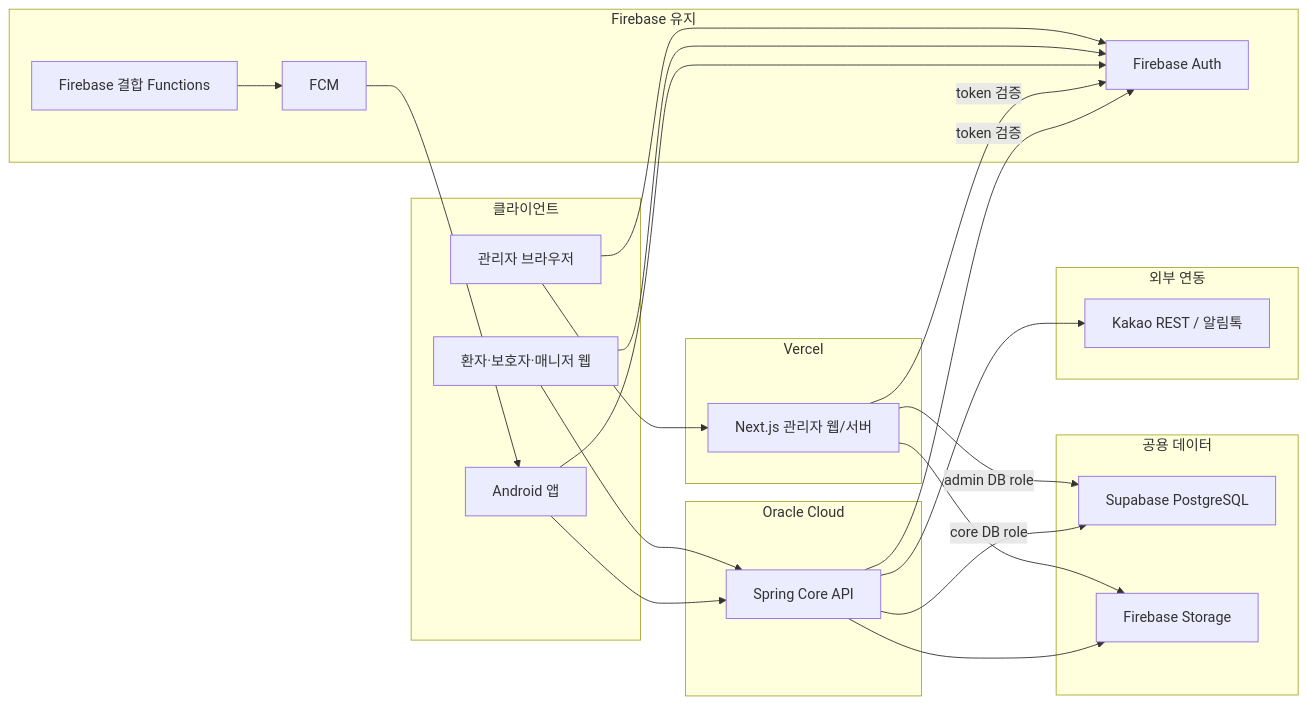
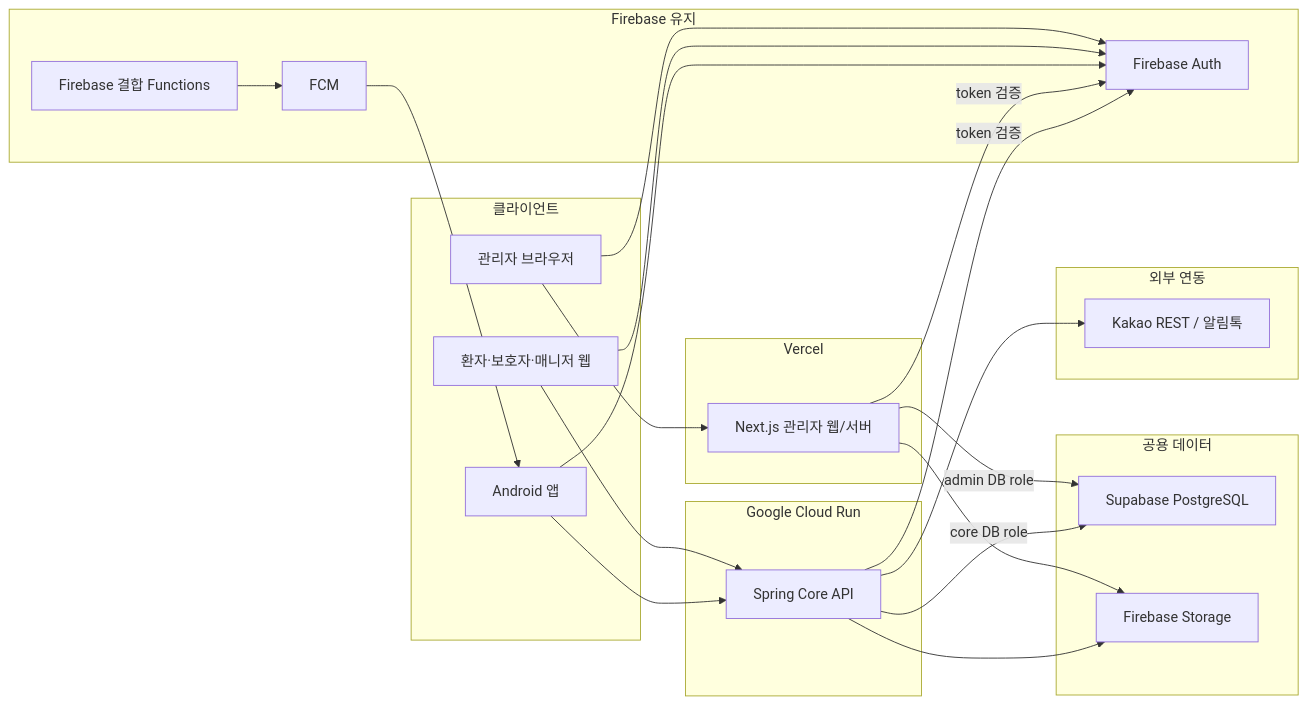
One commit to bodeul110/Bodeul changed the second of 2 diagrams in docs/architecture/system-architecture-diagram.md. Above: the diagram before and after it, drawn with Mermaid. The commit also changed other lines of this file and 22 other files, not shown here.

````diff
--- a/docs/architecture/system-architecture-diagram.md
+++ b/docs/architecture/system-architecture-diagram.md
@@ -64,49 +64,49 @@
 ```mermaid
 flowchart LR
   subgraph Clients["클라이언트"]
     AdminBrowser["관리자 브라우저"]
     UserWeb["환자·보호자·매니저 웹"]
     Android["Android 앱"]
   end
 
   subgraph Vercel["Vercel"]
     AdminNext["Next.js 관리자 웹/서버"]
   end
 
-  subgraph OCI["Oracle Cloud"]
+  subgraph CloudRun["Google Cloud Run"]
     Spring["Spring Core API"]
   end
 
   subgraph Shared["공용 데이터"]
     Postgres["Supabase PostgreSQL"]
     Storage["Firebase Storage"]
   end
 
   subgraph Firebase["Firebase 유지"]
     Auth["Firebase Auth"]
     Functions["Firebase 결합 Functions"]
     FCM["FCM"]
   end
 
   subgraph External["외부 연동"]
     Kakao["Kakao REST / 알림톡"]
   end
 
   AdminBrowser --> AdminNext
   UserWeb --> Spring
   Android --> Spring
 
   AdminBrowser --> Auth
   UserWeb --> Auth
   Android --> Auth
   AdminNext -->|"token 검증"| Auth
   Spring -->|"token 검증"| Auth
 
   AdminNext -->|"admin DB role"| Postgres
   Spring -->|"core DB role"| Postgres
   Spring --> Kakao
   AdminNext --> Storage
   Spring --> Storage
   Functions --> FCM
   FCM --> Android
 ```
````
